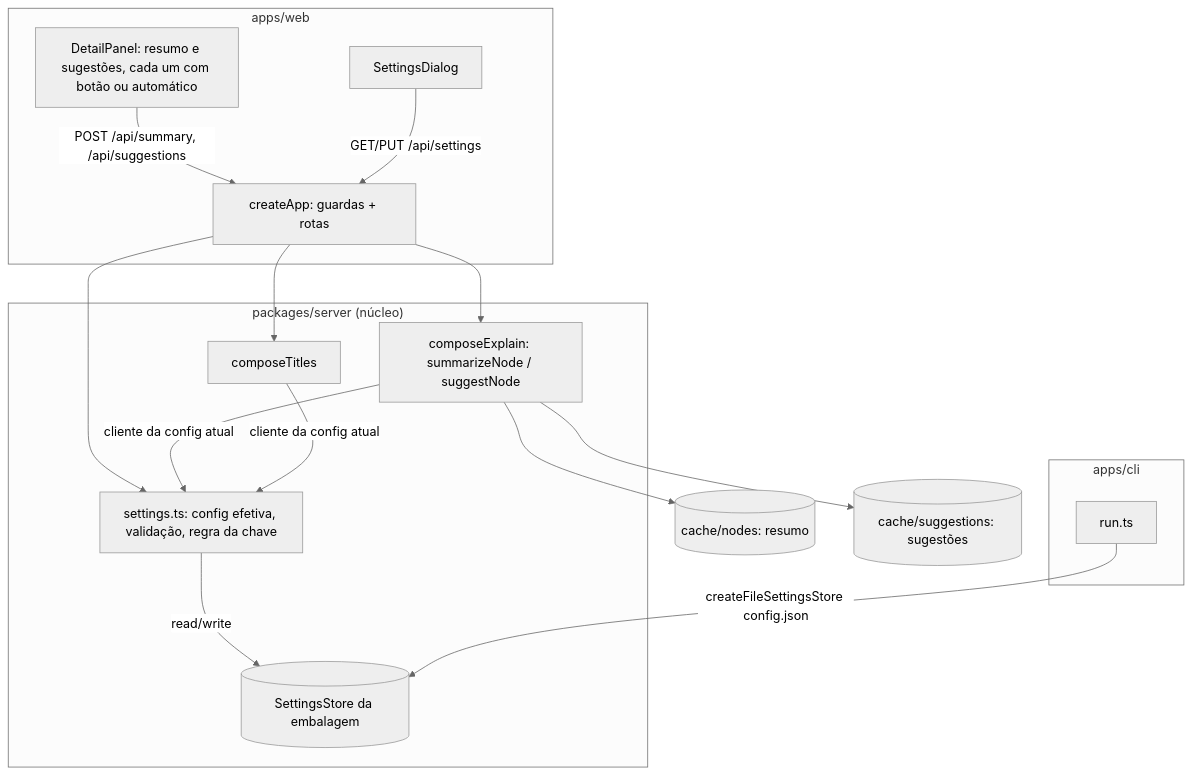
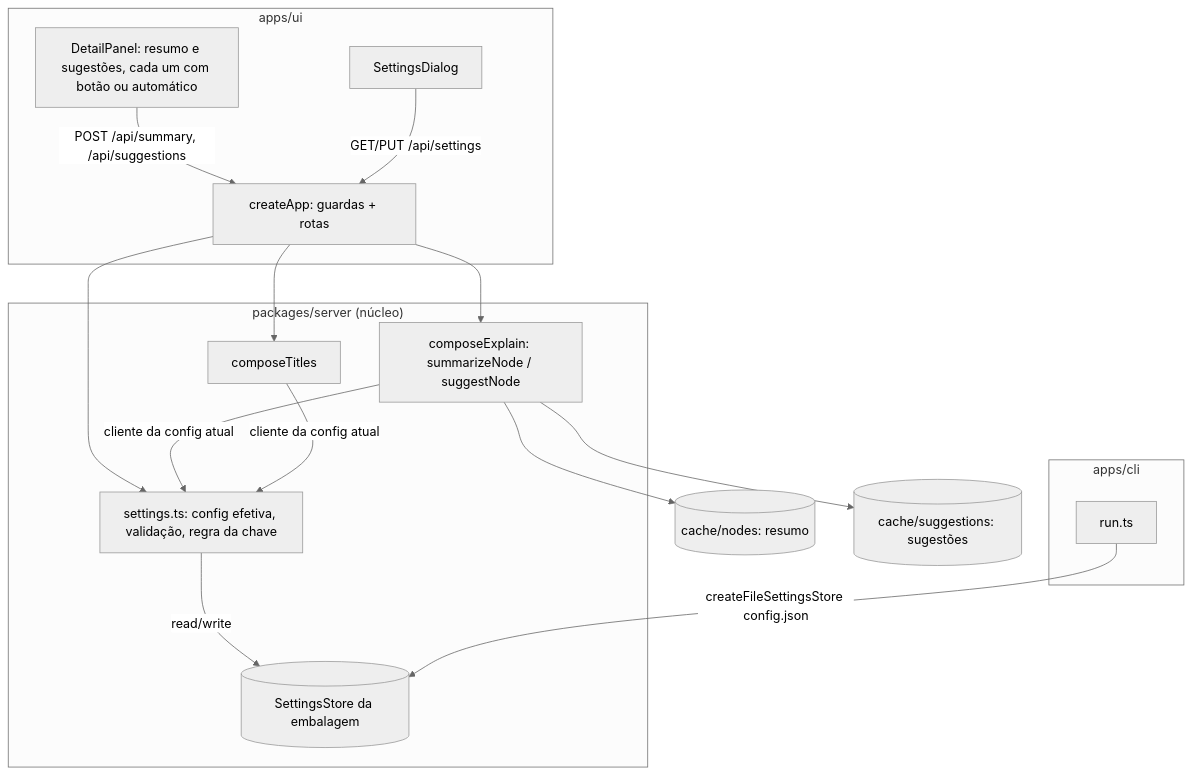
One commit to Ferreira-Jefferson/8n8 changed the diagram in .specs/features/08-config-llm-sob-demanda/design.md. Above: the diagram before and after it, drawn with Mermaid (neutral theme). The commit also changed other lines of this file and 116 other files, not shown here.

First line of the commit message:
refactor: rename apps/web to apps/ui, fix the README sentence its test reads

````diff
--- a/.specs/features/08-config-llm-sob-demanda/design.md
+++ b/.specs/features/08-config-llm-sob-demanda/design.md
@@ -12,20 +12,20 @@
 ```mermaid
 graph TD
-    subgraph "apps/web"
+    subgraph "apps/ui"
       PANEL[DetailPanel: resumo e sugestões, cada um com botão ou automático] -->|POST /api/summary, /api/suggestions| API
       DIALOG[SettingsDialog] -->|GET/PUT /api/settings| API
     end
     subgraph "packages/server (núcleo)"
       API[createApp: guardas + rotas] --> SVC[settings.ts: config efetiva, validação, regra da chave]
       SVC -->|read/write| STORE[(SettingsStore da embalagem)]
       API --> EXP[composeExplain: summarizeNode / suggestNode]
       API --> TIT[composeTitles]
       EXP -->|cliente da config atual| SVC
       TIT -->|cliente da config atual| SVC
     end
     subgraph "apps/cli"
       RUN[run.ts] -->|createFileSettingsStore config.json| STORE
     end
     EXP --> CACHE1[(cache/nodes: resumo)]
     EXP --> CACHE2[(cache/suggestions: sugestões)]
 ```
````
